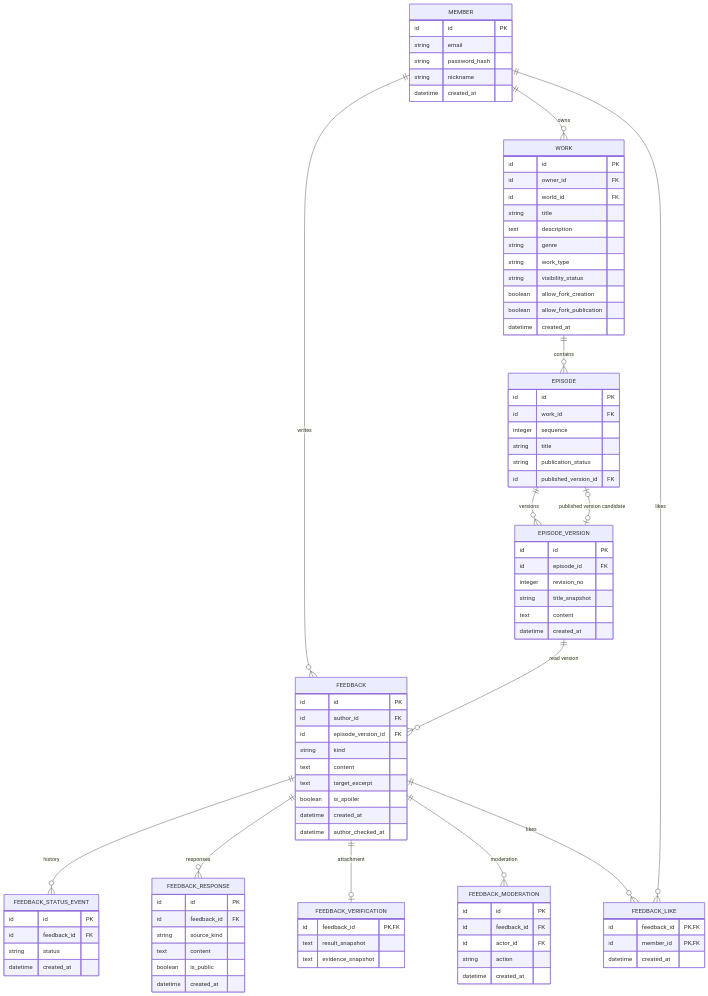
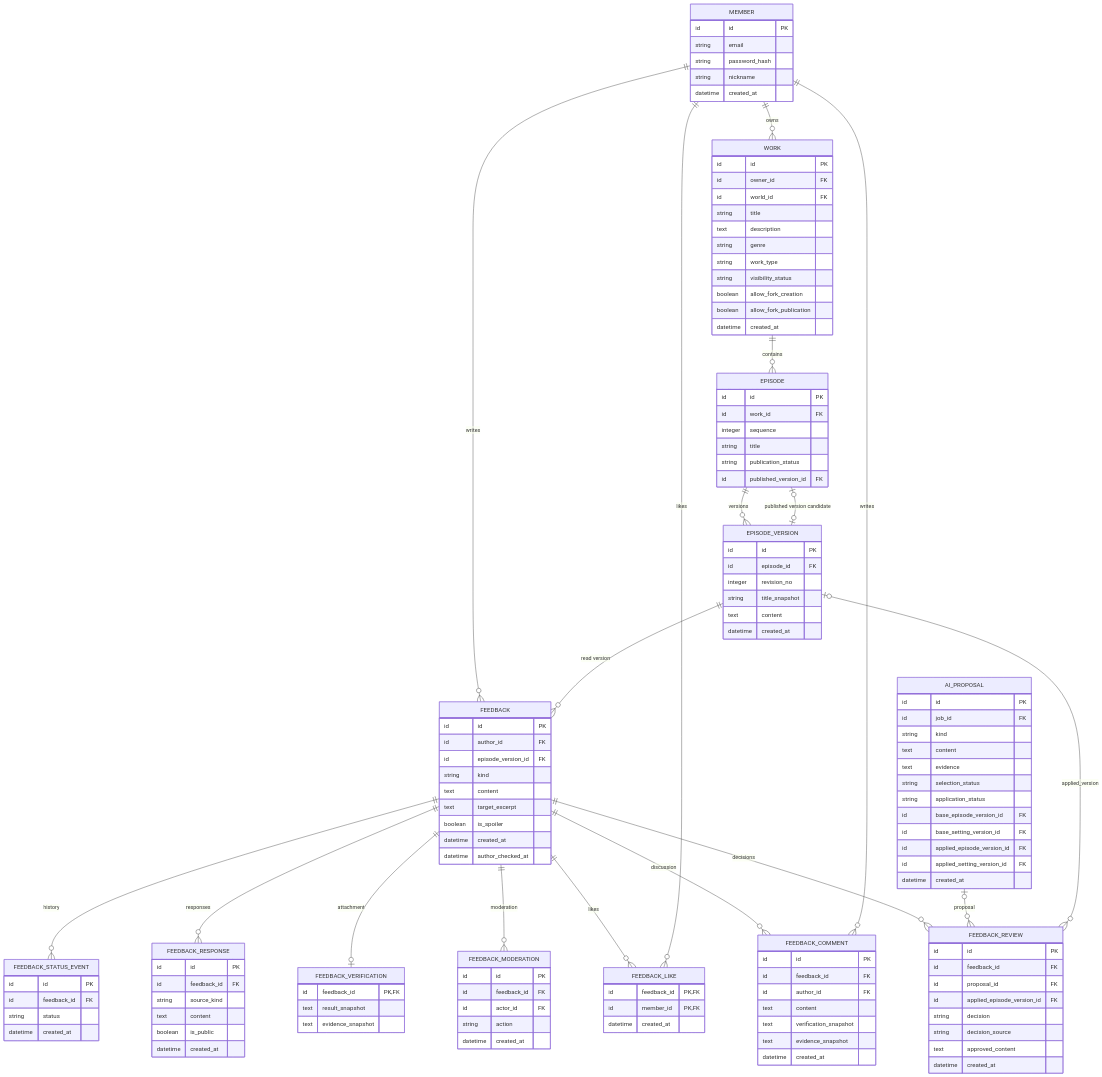
One commit to SKNETWORKS-FAMILY-AICAMP/SKN34-FINAL-4TEAM changed the diagram in docs/design/erd/core/feedback.md. Above: the diagram before and after it, drawn with Mermaid. The commit also changed other lines of this file and 9 other files, not shown here.

````diff
--- a/docs/design/erd/core/feedback.md
+++ b/docs/design/erd/core/feedback.md
@@ -20,6 +20,11 @@
     FEEDBACK ||--o{ FEEDBACK_MODERATION : moderation
     FEEDBACK ||--o{ FEEDBACK_LIKE : likes
     MEMBER ||--o{ FEEDBACK_LIKE : likes
+    FEEDBACK ||--o{ FEEDBACK_COMMENT : discussion
+    MEMBER ||--o{ FEEDBACK_COMMENT : writes
+    FEEDBACK ||--o{ FEEDBACK_REVIEW : decisions
+    AI_PROPOSAL o|--o{ FEEDBACK_REVIEW : proposal
+    EPISODE_VERSION o|--o{ FEEDBACK_REVIEW : applied_version
 
     MEMBER {
         id id PK
@@ -55,6 +60,20 @@
         integer revision_no
         string title_snapshot
         text content
+        datetime created_at
+    }
+    AI_PROPOSAL {
+        id id PK
+        id job_id FK
+        string kind
+        text content
+        text evidence
+        string selection_status
+        string application_status
+        id base_episode_version_id FK
+        id base_setting_version_id FK
+        id applied_episode_version_id FK
+        id applied_setting_version_id FK
         datetime created_at
     }
     FEEDBACK {
@@ -99,4 +118,23 @@
         id member_id PK,FK
         datetime created_at
     }
+    FEEDBACK_COMMENT {
+        id id PK
+        id feedback_id FK
+        id author_id FK
+        text content
+        text verification_snapshot
+        text evidence_snapshot
+        datetime created_at
+    }
+    FEEDBACK_REVIEW {
+        id id PK
+        id feedback_id FK
+        id proposal_id FK
+        id applied_episode_version_id FK
+        string decision
+        string decision_source
+        text approved_content
+        datetime created_at
+    }
 ```
````
